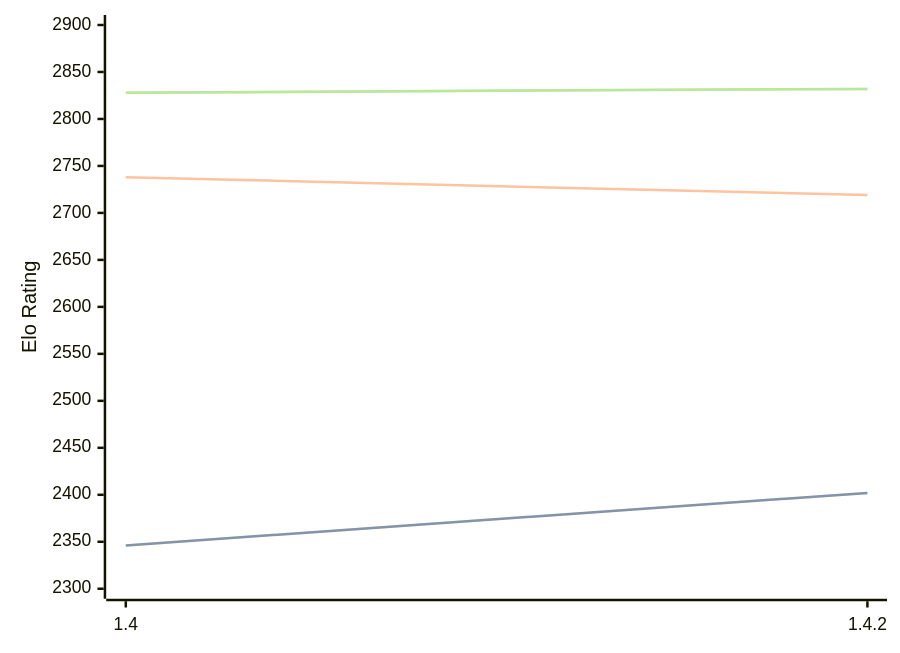
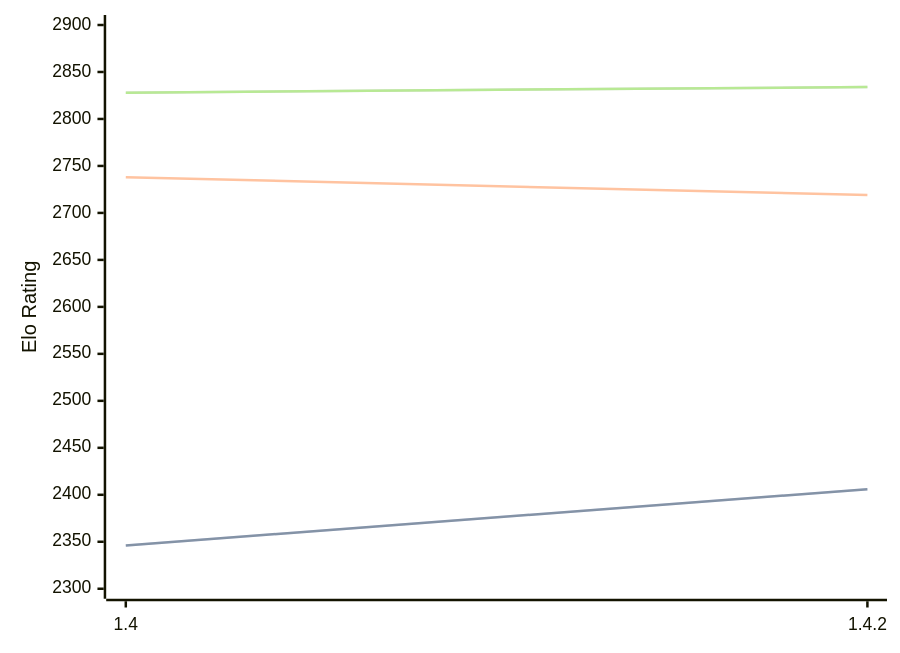
One commit to computer-chess-index/cci changed the diagram in engines/Spike.md. Above: the diagram before and after it, drawn with Mermaid. The commit also changed other lines of this file, not shown here.

Commit message:
Update CCI Ratings (ELO VLTC) - 2026-10-03

````diff
--- a/engines/Spike.md
+++ b/engines/Spike.md
@@ -32,11 +32,11 @@
 ```mermaid
 %%{init: {"theme":"base","themeVariables":{"seriesColors:['#a3a3a3','#222221','#faa371']}}}%%
 xychart-beta
   x-axis ["1.4", "1.4.2"]
   y-axis "Elo Rating" 2300 --> 2900
-  line "" [2346, 2402]
-  line "STC (8.0+0.08s)" [2346, 2402]
+  line "" [2346, 2406]
+  line "STC (8.0+0.08s)" [2346, 2406]
   line "LTC (60.0+0.60s)" [2738, 2719]
-  line "" [2828, 2832]
-  line "VLTC (2m24s+1.12s)" [2828, 2832]
+  line "" [2828, 2834]
+  line "VLTC (2m24s+1.12s)" [2828, 2834]
 ```
````
